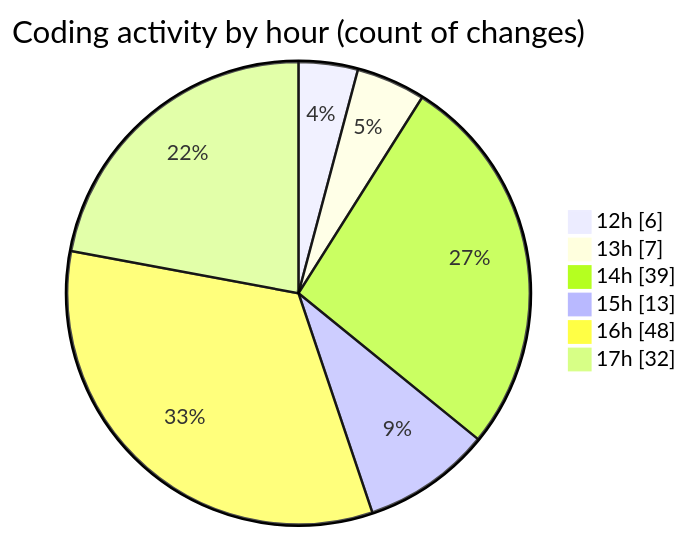
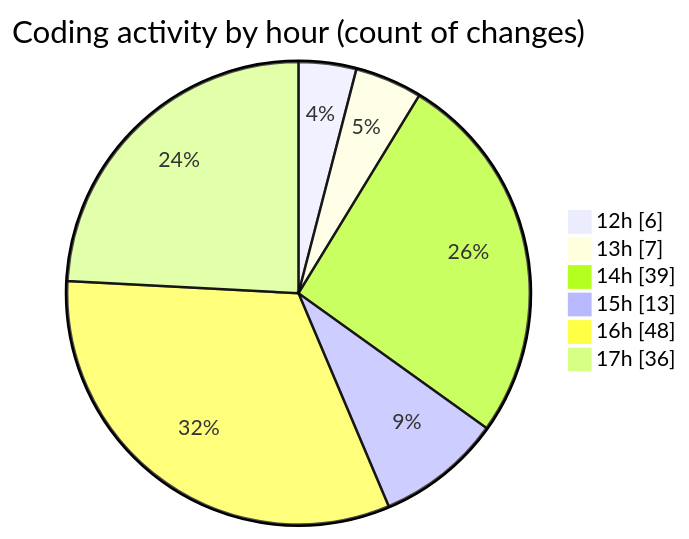
Before and after one commit to nxtqubesakshisongat/code-tracking: the second of 2 diagrams in 2025-05-26/nxtqube_webapp/README.md, drawn with Mermaid. The commit also changed other lines of this file and 1 other file, not shown here.

````diff
--- a/2025-05-26/nxtqube_webapp/README.md
+++ b/2025-05-26/nxtqube_webapp/README.md
@@ -31,10 +31,10 @@
 ```mermaid
 pie showData
 title Coding activity by hour (count of changes)
 "12h" : 6
 "13h" : 7
 "14h" : 39
 "15h" : 13
 "16h" : 48
-"17h" : 32
+"17h" : 36
 ```
````
